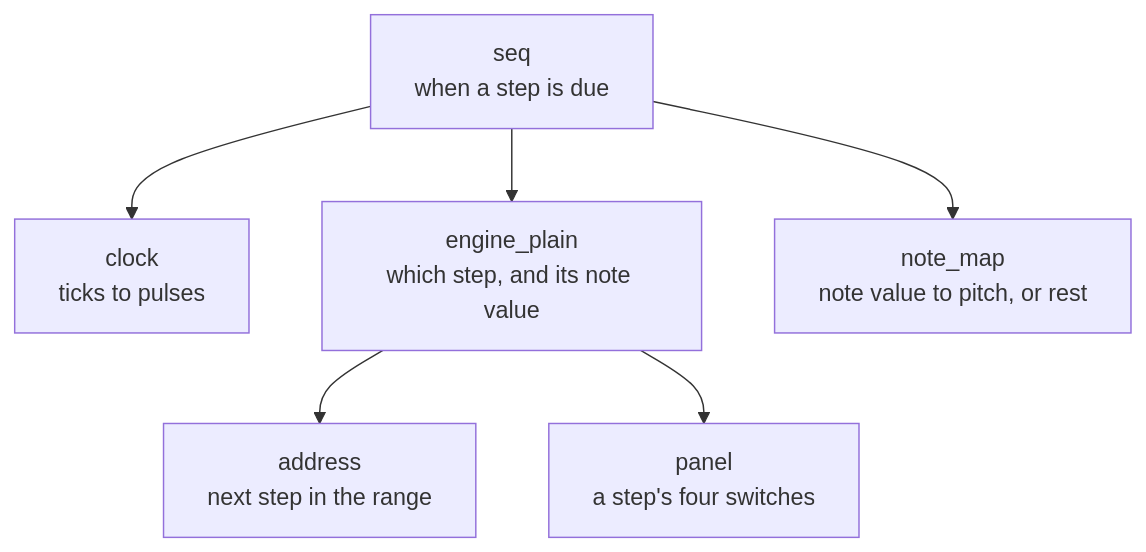
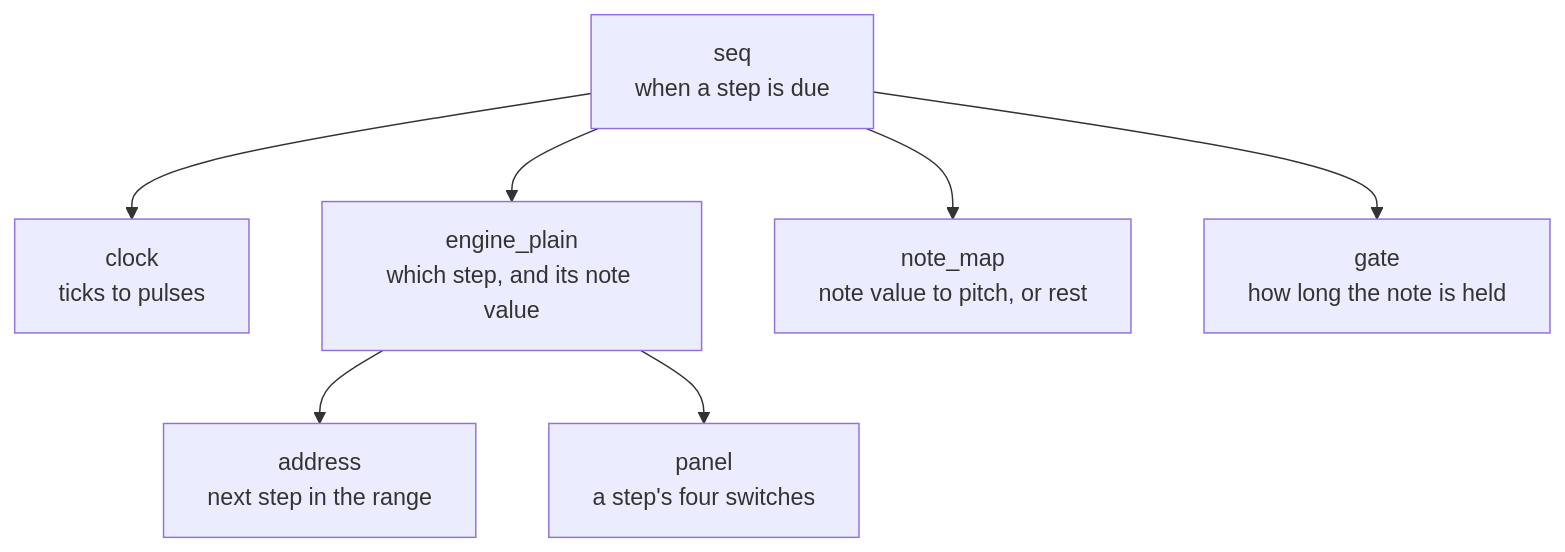
One commit to BonelessPig/nano_sequencer changed the sixth of 20 diagrams in docs/ARCHITECTURE.md. Above: the diagram before and after it, drawn with Mermaid. The commit also changed other lines of this file and 33 other files, not shown here.

````diff
--- a/docs/ARCHITECTURE.md
+++ b/docs/ARCHITECTURE.md
@@ -242,8 +264,9 @@
 ```mermaid
 flowchart TD
     seq["seq<br/>when a step is due"] --> clock["clock<br/>ticks to pulses"]
     seq --> engine["engine_plain<br/>which step, and its note value"]
     seq --> note["note_map<br/>note value to pitch, or rest"]
+    seq --> gate["gate<br/>how long the note is held"]
     engine --> address["address<br/>next step in the range"]
     engine --> panel["panel<br/>a step's four switches"]
 ```
````
